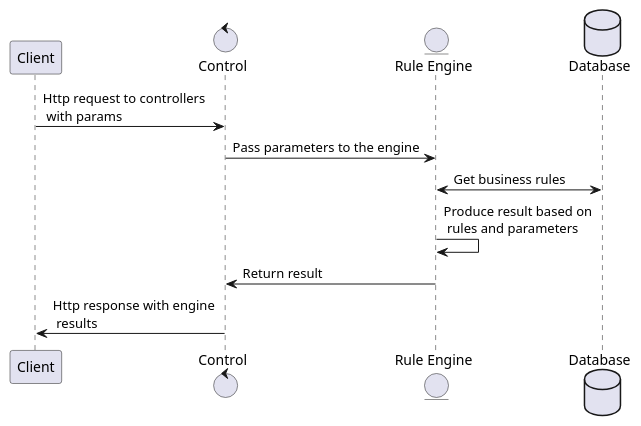
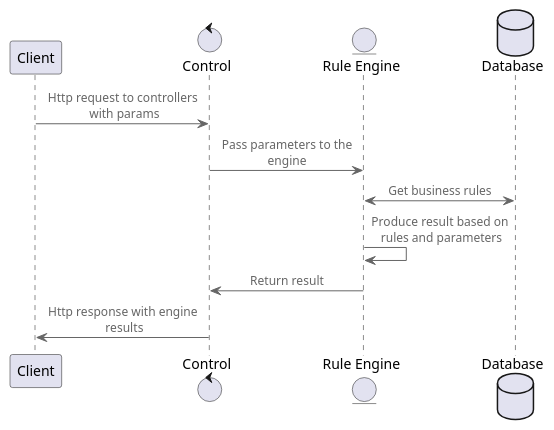
One commit to dmitry-vokhmin/Senior_project changed the diagram in diagrams/service_diagram.puml. Above: the diagram before and after it, drawn with PlantUML. The commit also changed 4 other files, not shown here.

Commit message:
add diagrams

```diff
--- a/diagrams/service_diagram.puml
+++ b/diagrams/service_diagram.puml
@@ -1,14 +1,15 @@
 @startuml
+!include  https://raw.githubusercontent.com/plantuml-stdlib/C4-PlantUML/master/C4_Container.puml
 participant Client         as client
 control     Control        as endpoint
 entity      "Rule Engine"  as engine
 database    Database       as db
 
 client -> endpoint : Http request to controllers \n with params
 endpoint -> engine : Pass parameters to the engine
 engine <-> db : Get business rules
 engine -> engine : Produce result based on \n rules and parameters
 engine -> endpoint : Return result
 endpoint -> client : Http response with engine \n results
 
 @enduml
```
